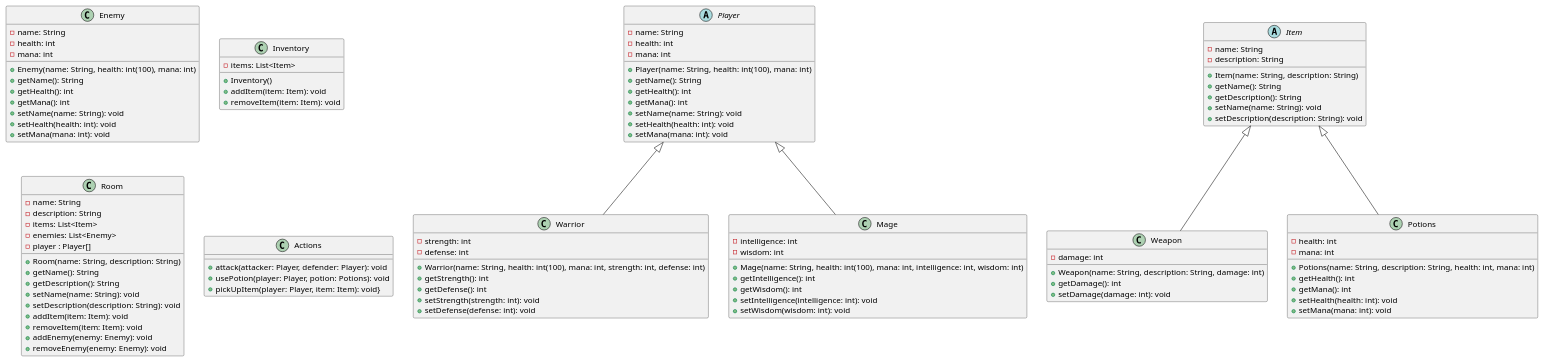
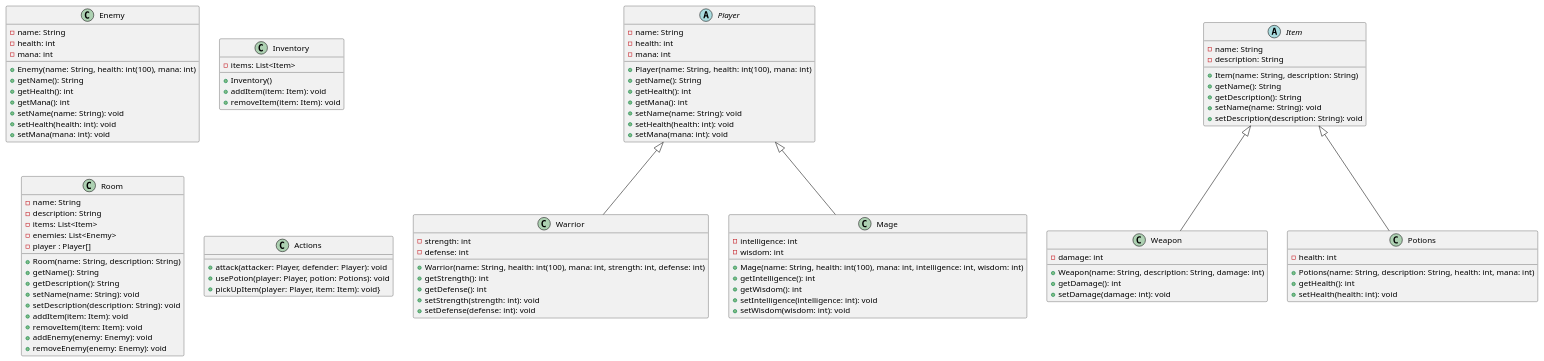
The diagram in classes.puml (SUVX24-LKPG2/Role-Playing-Game), drawn with PlantUML before and after one commit. The commit also changed 2 other files, not shown here.

```diff
--- a/classes.puml
+++ b/classes.puml
@@ -1,106 +1,103 @@
 @startuml
 
 abstract class Player {
     - name: String
     - health: int
     - mana: int
     + Player(name: String, health: int(100), mana: int)
     + getName(): String
     + getHealth(): int
     + getMana(): int
     + setName(name: String): void
     + setHealth(health: int): void
     + setMana(mana: int): void
 }
 
 class Warrior extends Player{
     - strength: int
     - defense: int
     + Warrior(name: String, health: int(100), mana: int, strength: int, defense: int)
     + getStrength(): int
     + getDefense(): int
     + setStrength(strength: int): void
     + setDefense(defense: int): void
 }
 
 class Mage extends Player{
     - intelligence: int
     - wisdom: int
     + Mage(name: String, health: int(100), mana: int, intelligence: int, wisdom: int)
     + getIntelligence(): int
     + getWisdom(): int
     + setIntelligence(intelligence: int): void
     + setWisdom(wisdom: int): void
 }
 
 class Enemy {
     - name: String
     - health: int
     - mana: int
     + Enemy(name: String, health: int(100), mana: int)
     + getName(): String
     + getHealth(): int
     + getMana(): int
     + setName(name: String): void
     + setHealth(health: int): void
     + setMana(mana: int): void
 }
 
 class Inventory {
     - items: List<Item>
     + Inventory()
     + addItem(item: Item): void
     + removeItem(item: Item): void
 }
 
 abstract class Item {
     - name: String
     - description: String
     + Item(name: String, description: String)
     + getName(): String
     + getDescription(): String
     + setName(name: String): void
     + setDescription(description: String): void
 }
 
 class Weapon extends Item{
     - damage: int
     + Weapon(name: String, description: String, damage: int)
     + getDamage(): int
     + setDamage(damage: int): void
 }
 
 class Potions extends Item{
     - health: int
-    - mana: int
     + Potions(name: String, description: String, health: int, mana: int)
     + getHealth(): int
-    + getMana(): int
     + setHealth(health: int): void
-    + setMana(mana: int): void
 }
 
 class Room {
     - name: String
     - description: String
     - items: List<Item>
     - enemies: List<Enemy>
     - player : Player[]
     + Room(name: String, description: String)
     + getName(): String
     + getDescription(): String
     + setName(name: String): void
     + setDescription(description: String): void
     + addItem(item: Item): void
     + removeItem(item: Item): void
     + addEnemy(enemy: Enemy): void
     + removeEnemy(enemy: Enemy): void
 }
 
 class Actions {
     + attack(attacker: Player, defender: Player): void
     + usePotion(player: Player, potion: Potions): void
     + pickUpItem(player: Player, item: Item): void}
 }
 
 @enduml
```
